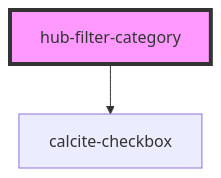
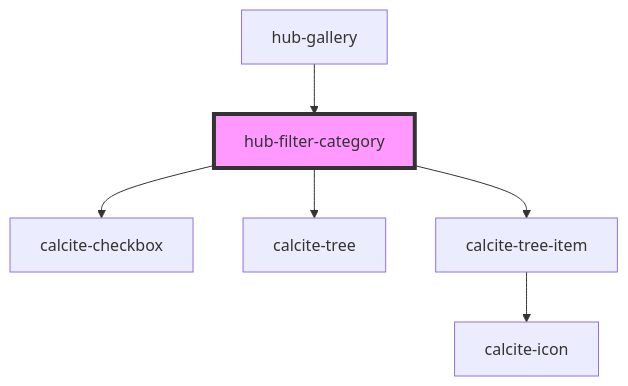
One commit to esridc/hub-components-experiments changed the diagram in src/components/hub-filter-category/readme.md. Above: the diagram before and after it, drawn with Mermaid. The commit also changed other lines of this file and 8 other files, not shown here.

````diff
--- a/src/components/hub-filter-category/readme.md
+++ b/src/components/hub-filter-category/readme.md
@@ -30,5 +40,9 @@
 ```mermaid
 graph TD;
   hub-filter-category --> calcite-checkbox
+  hub-filter-category --> calcite-tree
+  hub-filter-category --> calcite-tree-item
+  calcite-tree-item --> calcite-icon
+  hub-gallery --> hub-filter-category
   style hub-filter-category fill:#f9f,stroke:#333,stroke-width:4px
 ```
````
